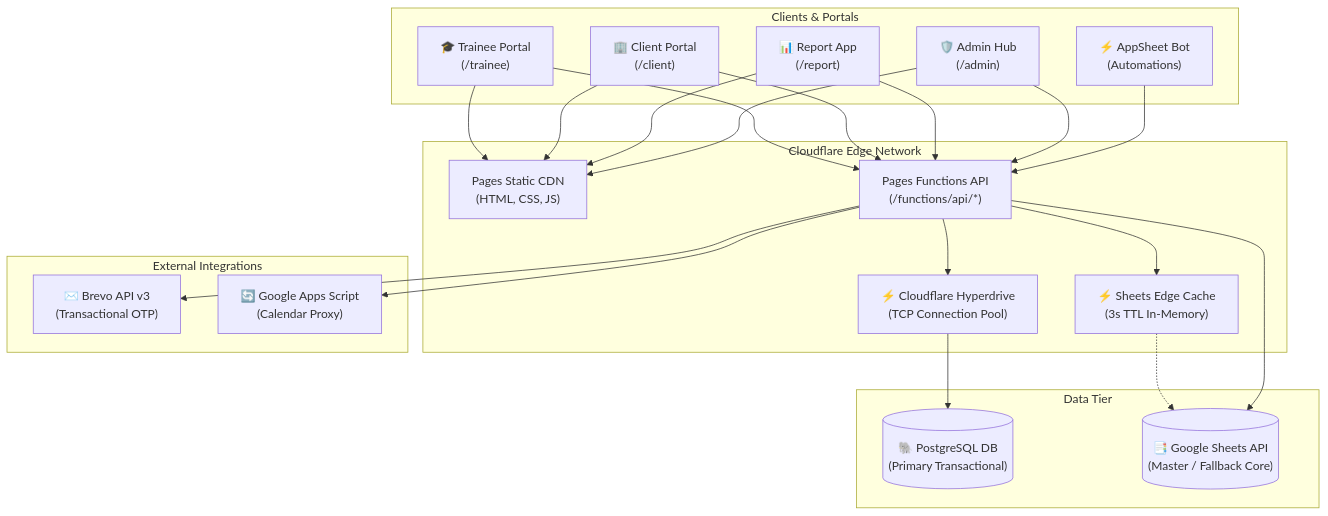
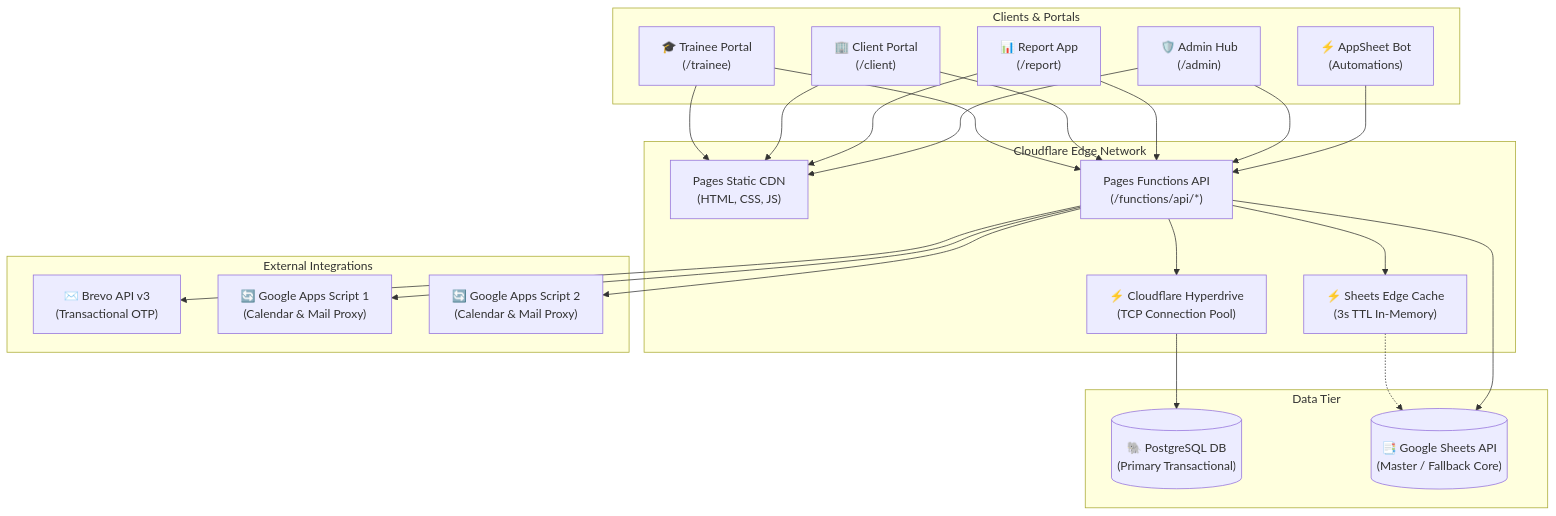
One commit to eoffice2-ux/pd-hub changed the first of 4 diagrams in public/docs/ARCHITECTURE.md. Above: the diagram before and after it, drawn with Mermaid. The commit also changed other lines of this file and 2 other files, not shown here.

Commit message:
docs and ui: update admin status dashboard and docs for dual-gas and keep-alive

````diff
--- a/public/docs/ARCHITECTURE.md
+++ b/public/docs/ARCHITECTURE.md
@@ -9,46 +9,48 @@
 ```mermaid
 flowchart TD
     subgraph Clients["Clients & Portals"]
         TP["🎓 Trainee Portal\n(/trainee)"]
         CP["🏢 Client Portal\n(/client)"]
         RP["📊 Report App\n(/report)"]
         AP["🛡️ Admin Hub\n(/admin)"]
         AS["⚡ AppSheet Bot\n(Automations)"]
     end
 
     subgraph Edge["Cloudflare Edge Network"]
         CDN["Pages Static CDN\n(HTML, CSS, JS)"]
         FUN["Pages Functions API\n(/functions/api/*)"]
         CACHE["⚡ Sheets Edge Cache\n(3s TTL In-Memory)"]
         HYPER["⚡ Cloudflare Hyperdrive\n(TCP Connection Pool)"]
     end
 
     subgraph Storage["Data Tier"]
         PSQL[("🐘 PostgreSQL DB\n(Primary Transactional)")]
         GSHEET[("📑 Google Sheets API\n(Master / Fallback Core)")]
     end
 
     subgraph Services["External Integrations"]
         BREVO["✉️ Brevo API v3\n(Transactional OTP)"]
-        GAS["🔄 Google Apps Script\n(Calendar Proxy)"]
+        GAS1["🔄 Google Apps Script 1\n(Calendar & Mail Proxy)"]
+        GAS2["🔄 Google Apps Script 2\n(Calendar & Mail Proxy)"]
     end
 
     TP --> CDN
     CP --> CDN
     RP --> CDN
     AP --> CDN
 
     TP --> FUN
     CP --> FUN
     RP --> FUN
     AP --> FUN
     AS --> FUN
 
     FUN --> BREVO
-    FUN --> GAS
+    FUN --> GAS1
+    FUN --> GAS2
     FUN --> CACHE
     CACHE -.-> GSHEET
     FUN --> GSHEET
     FUN --> HYPER
     HYPER --> PSQL
 ```
````
